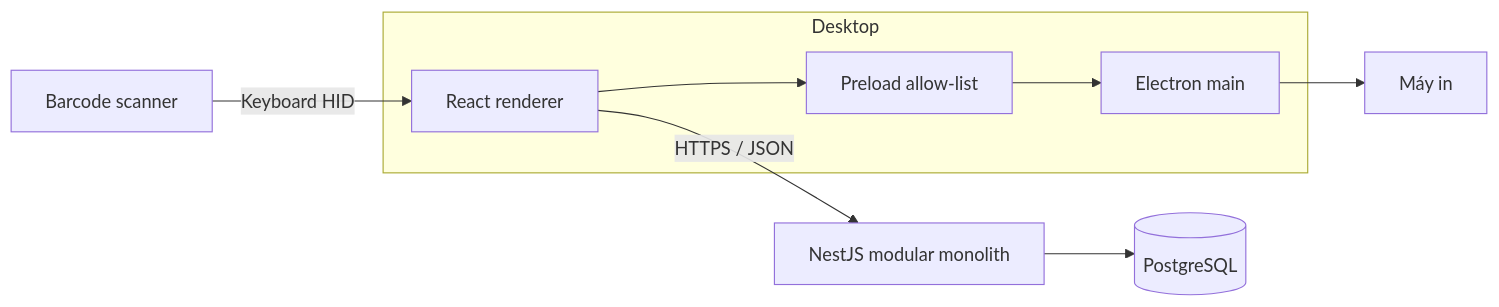
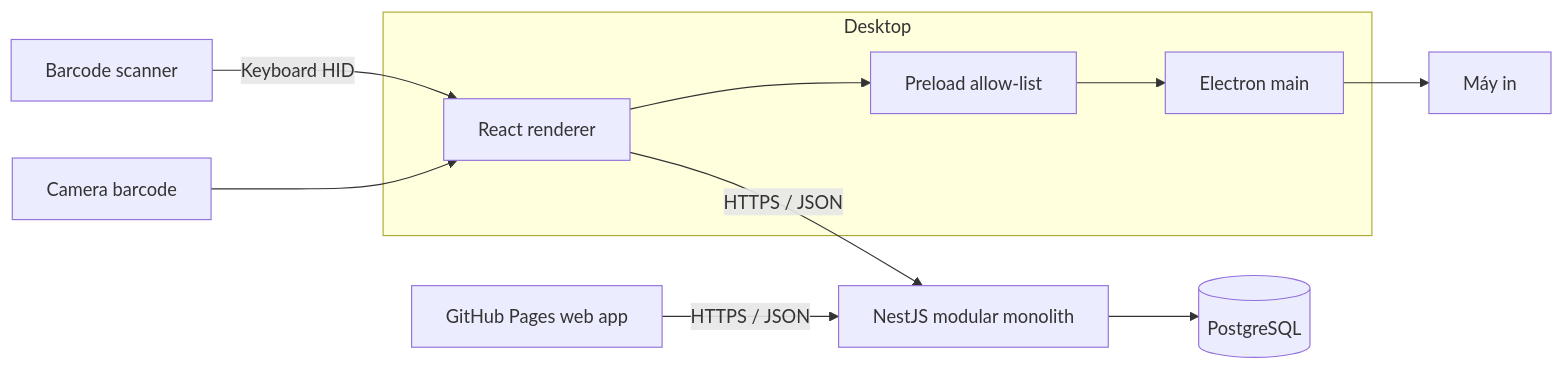
Before and after one commit to tuyen12081707/inventory-desktop-suite-source: the first of 2 diagrams in docs/ARCHITECTURE.md, drawn with Mermaid. The commit also changed other lines of this file and 28 other files, not shown here.

````diff
--- a/docs/ARCHITECTURE.md
+++ b/docs/ARCHITECTURE.md
@@ -10,14 +10,16 @@
 ```mermaid
 flowchart LR
     subgraph Desktop
       React["React renderer"]
       Preload["Preload allow-list"]
       Main["Electron main"]
       React --> Preload --> Main
     end
 
     Scanner["Barcode scanner"] -->|"Keyboard HID"| React
+    Camera["Camera barcode"] --> React
+    Web["GitHub Pages web app"] -->|"HTTPS / JSON"| API
     Main --> Printer["Máy in"]
     React -->|"HTTPS / JSON"| API["NestJS modular monolith"]
     API --> DB[("PostgreSQL")]
 ```
````
